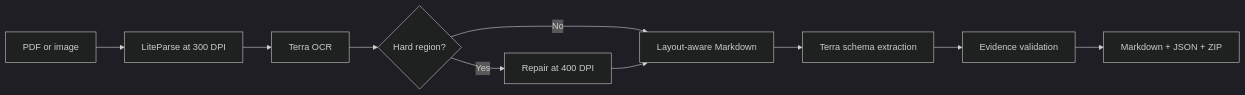
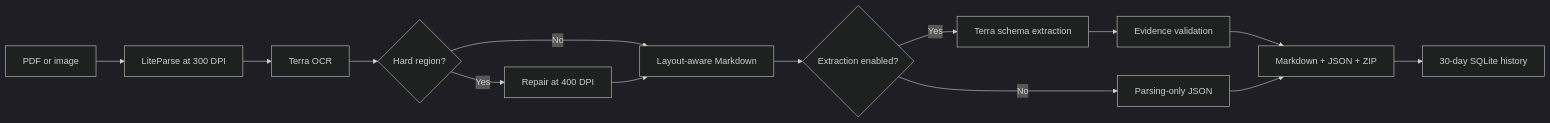
Before and after one commit to pypi-ahmad/liteparse-agentic-document-extraction: the diagram in README.md, drawn with Mermaid (dark theme). The commit also changed other lines of this file and 16 other files, not shown here.

````diff
--- a/README.md
+++ b/README.md
@@ -18,12 +19,16 @@
 ```mermaid
 flowchart LR
     A[PDF or image] --> B[LiteParse at 300 DPI]
     B --> C[Terra OCR]
     C --> D{Hard region?}
     D -->|Yes| E[Repair at 400 DPI]
     D -->|No| F[Layout-aware Markdown]
     E --> F
-    F --> G[Terra schema extraction]
-    G --> H[Evidence validation]
-    H --> I[Markdown + JSON + ZIP]
+    F --> G{Extraction enabled?}
+    G -->|Yes| H[Terra schema extraction]
+    H --> I[Evidence validation]
+    G -->|No| J[Parsing-only JSON]
+    I --> K[Markdown + JSON + ZIP]
+    J --> K
+    K --> L[30-day SQLite history]
 ```
````
